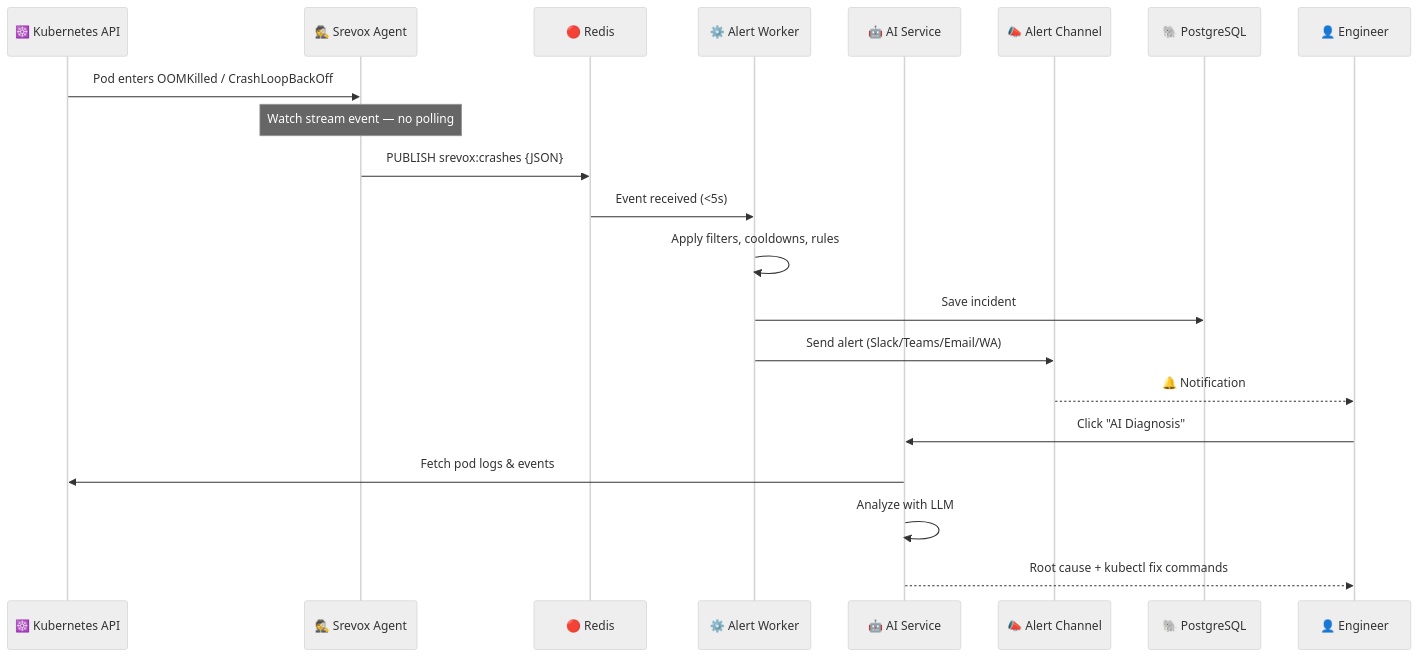
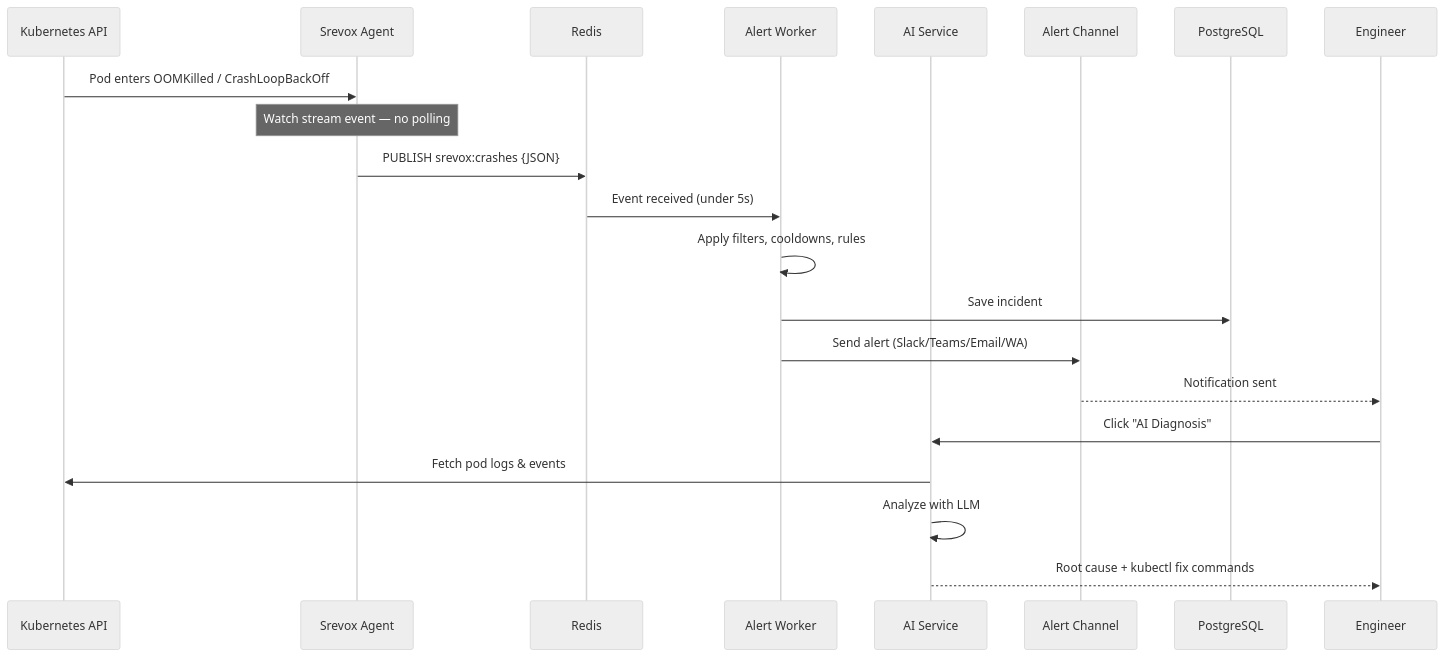
The third of 10 diagrams in README.md (Akshatsainiaks/srevox), drawn with Mermaid (neutral theme) before and after one commit. The commit also changed other lines of this file, not shown here.

Commit message:
fix: rename loopzen-agent.yml to srevox-agent.yml

````diff
--- a/README.md
+++ b/README.md
@@ -556,24 +556,24 @@
 ```mermaid
 sequenceDiagram
-    participant K8s as ☸️ Kubernetes API
-    participant Agent as 🕵️ Srevox Agent
-    participant Redis as 🔴 Redis
-    participant Worker as ⚙️ Alert Worker
-    participant AI as 🤖 AI Service
-    participant Channel as 📣 Alert Channel
-    participant DB as 🐘 PostgreSQL
-    participant User as 👤 Engineer
+    participant K8s as Kubernetes API
+    participant Agent as Srevox Agent
+    participant Redis as Redis
+    participant Worker as Alert Worker
+    participant AI as AI Service
+    participant Channel as Alert Channel
+    participant DB as PostgreSQL
+    participant User as Engineer
 
     K8s->>Agent: Pod enters OOMKilled / CrashLoopBackOff
     Note over Agent: Watch stream event — no polling
     Agent->>Redis: PUBLISH srevox:crashes {JSON}
-    Redis->>Worker: Event received (<5s)
+    Redis->>Worker: Event received (under 5s)
     Worker->>Worker: Apply filters, cooldowns, rules
     Worker->>DB: Save incident
     Worker->>Channel: Send alert (Slack/Teams/Email/WA)
-    Channel-->>User: 🔔 Notification
+    Channel-->>User: Notification sent
     User->>AI: Click "AI Diagnosis"
     AI->>K8s: Fetch pod logs & events
     AI->>AI: Analyze with LLM
     AI-->>User: Root cause + kubectl fix commands
 ```
````
